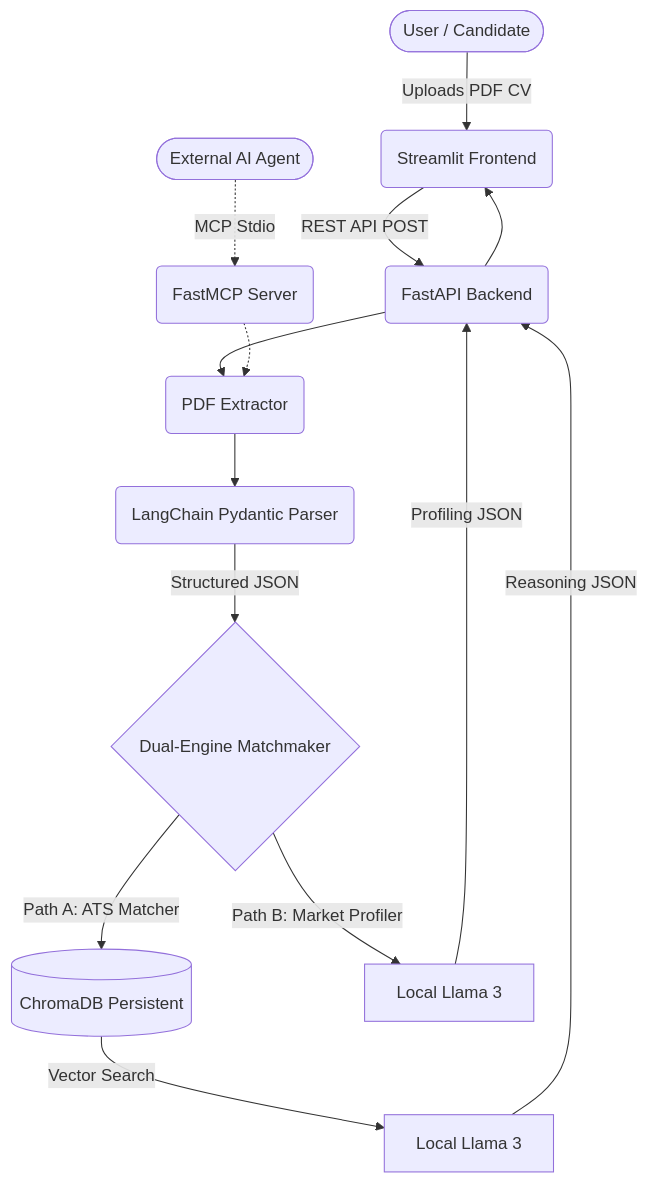
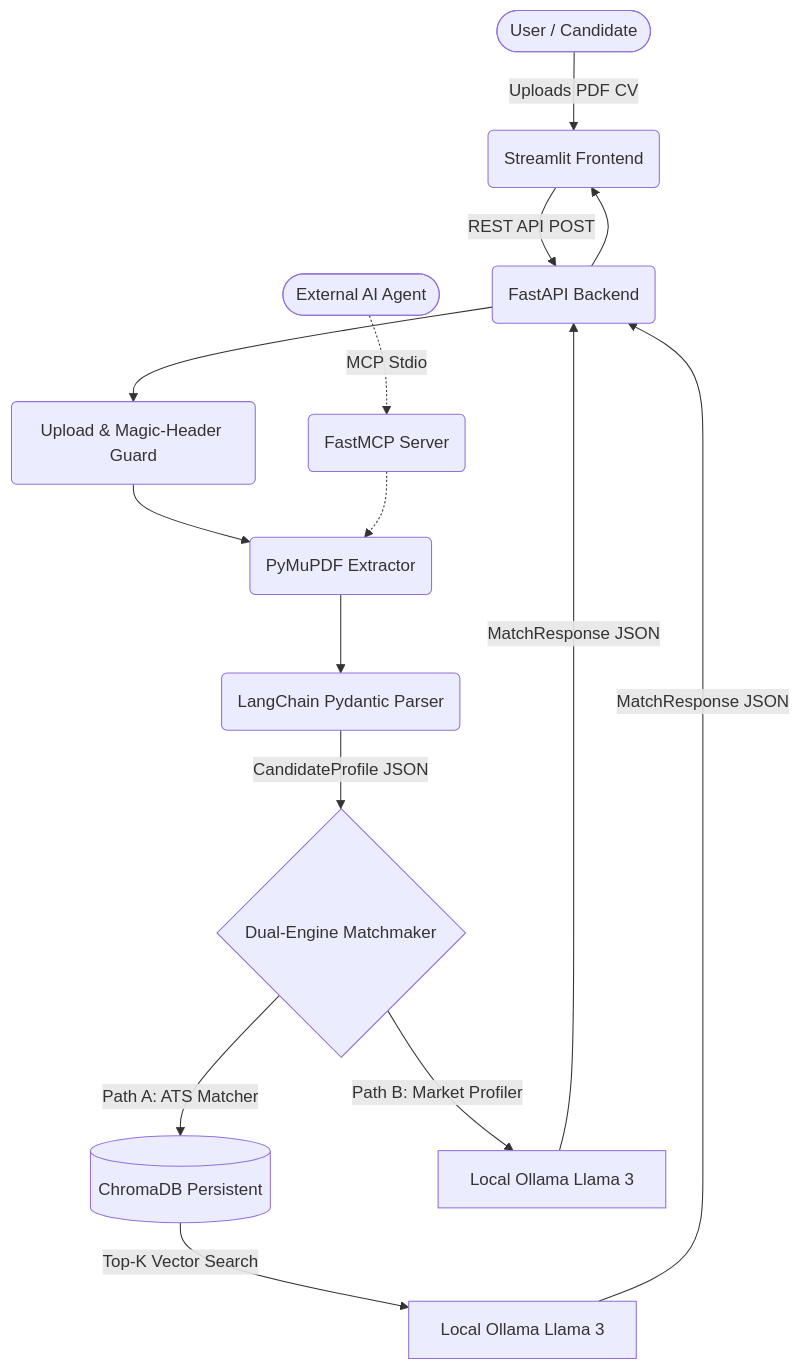
One commit to subki72/local-ai-career-profiler changed the diagram in README.md. Above: the diagram before and after it, drawn with Mermaid. The commit also changed other lines of this file and 4 other files, not shown here.

````diff
--- a/README.md
+++ b/README.md
@@ -28,23 +31,24 @@
 ```mermaid
 graph TD
     User([User / Candidate]) -->|Uploads PDF CV| UI(Streamlit Frontend)
     UI -->|REST API POST| API(FastAPI Backend)
-    
-    API --> Extractor(PDF Extractor)
+
+    API --> Guard(Upload & Magic-Header Guard)
+    Guard --> Extractor(PyMuPDF Extractor)
     Extractor --> Parser(LangChain Pydantic Parser)
-    
-    Parser -->|Structured JSON| Matcher{Dual-Engine Matchmaker}
-    
+
+    Parser -->|CandidateProfile JSON| Matcher{Dual-Engine Matchmaker}
+
     Matcher -->|Path A: ATS Matcher| DB[(ChromaDB Persistent)]
-    DB -->|Vector Search| Llama1[Local Llama 3]
-    
-    Matcher -->|Path B: Market Profiler| Llama2[Local Llama 3]
-    
-    Llama1 -->|Reasoning JSON| API
-    Llama2 -->|Profiling JSON| API
-    
+    DB -->|Top-K Vector Search| Llama1[Local Ollama Llama 3]
+
+    Matcher -->|Path B: Market Profiler| Llama2[Local Ollama Llama 3]
+
+    Llama1 -->|MatchResponse JSON| API
+    Llama2 -->|MatchResponse JSON| API
+
     API --> UI
-    
+
     Agent([External AI Agent]) -.->|MCP Stdio| MCPServer(FastMCP Server)
     MCPServer -.-> Extractor
 ```
````
